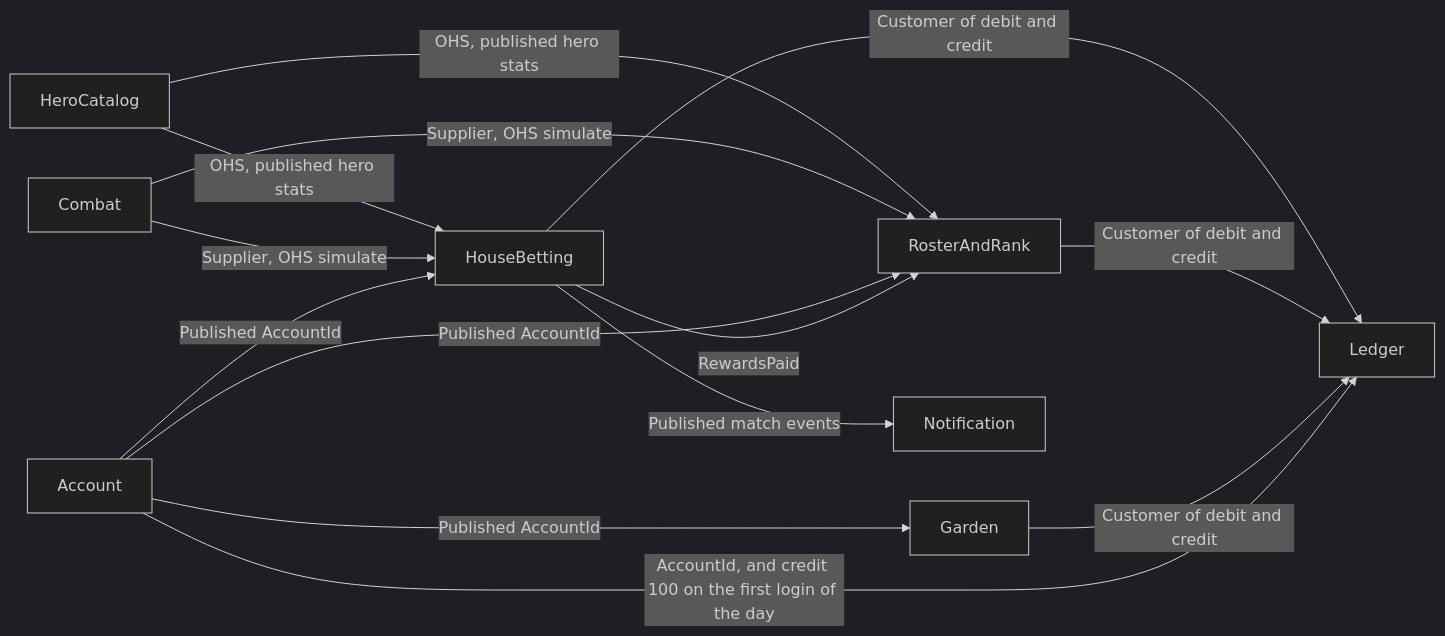
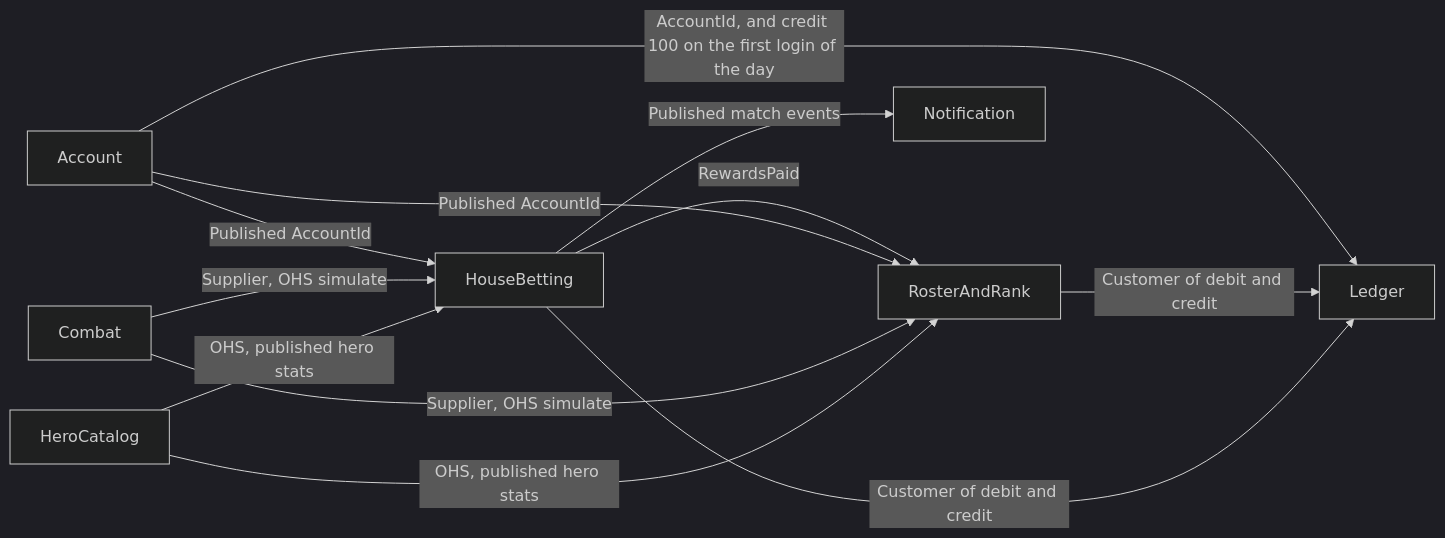
The diagram in .kiro/specs/ddd-refactor/strategic-design.md (fightlightdiamond/game-be), drawn with Mermaid (dark theme) before and after one commit. The commit also changed other lines of this file and 5 other files, not shown here.

````diff
--- a/.kiro/specs/ddd-refactor/strategic-design.md
+++ b/.kiro/specs/ddd-refactor/strategic-design.md
@@ -182,25 +168,22 @@
 ```mermaid
 flowchart LR
   catalog[HeroCatalog]
   combat[Combat]
   arena[HouseBetting]
   roster[RosterAndRank]
-  garden[Garden]
   ledger[Ledger]
   identity[Account]
   notify[Notification]
 
   catalog -->|"OHS, published hero stats"| arena
   catalog -->|"OHS, published hero stats"| roster
   combat -->|"Supplier, OHS simulate"| arena
   combat -->|"Supplier, OHS simulate"| roster
   arena -->|"Customer of debit and credit"| ledger
   roster -->|"Customer of debit and credit"| ledger
-  garden -->|"Customer of debit and credit"| ledger
   identity -->|"AccountId, and credit 100 on the first login of the day"| ledger
   identity -->|"Published AccountId"| arena
   identity -->|"Published AccountId"| roster
-  identity -->|"Published AccountId"| garden
   arena -->|"Published match events"| notify
   arena -->|"RewardsPaid"| roster
 ```
````
